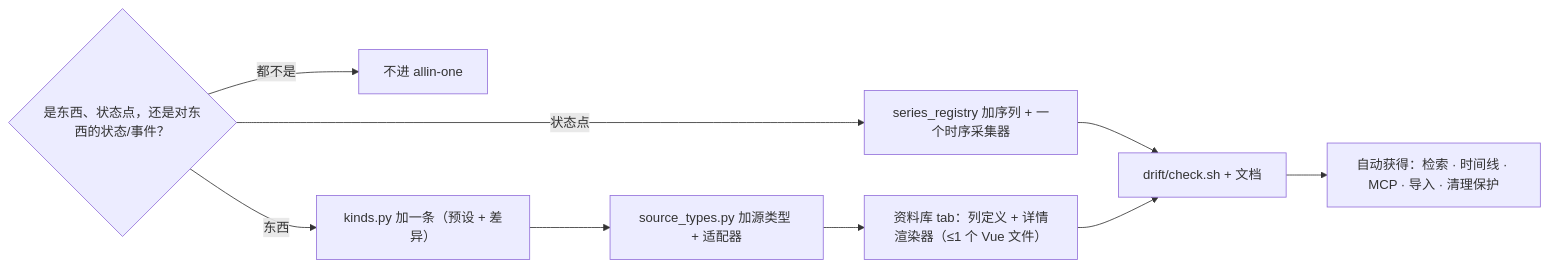
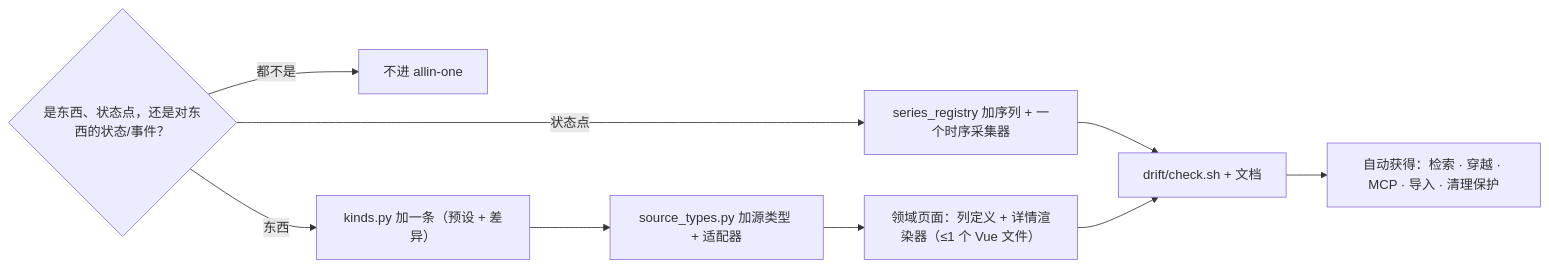
Before and after one commit to keylin/allin-one: the third of 4 diagrams in docs/design_data_model.md, drawn with Mermaid. The commit also changed other lines of this file, not shown here.

````diff
--- a/docs/design_data_model.md
+++ b/docs/design_data_model.md
@@ -324,8 +335,8 @@
 ```mermaid
 flowchart LR
   Q0{"是东西、状态点，还是对东西的状态/事件？"}
   Q0 -->|都不是| STOP["不进 allin-one"]
   Q0 -->|状态点| S["series_registry 加序列 + 一个时序采集器"] --> K6
-  Q0 -->|东西| K1["kinds.py 加一条（预设 + 差异）"] --> K2["source_types.py 加源类型 + 适配器"] --> K5["资料库 tab：列定义 + 详情渲染器（≤1 个 Vue 文件）"] --> K6["drift/check.sh + 文档"]
-  K6 --> DONE["自动获得：检索 · 时间线 · MCP · 导入 · 清理保护"]
+  Q0 -->|东西| K1["kinds.py 加一条（预设 + 差异）"] --> K2["source_types.py 加源类型 + 适配器"] --> K5["领域页面：列定义 + 详情渲染器（≤1 个 Vue 文件）"] --> K6["drift/check.sh + 文档"]
+  K6 --> DONE["自动获得：检索 · 穿越 · MCP · 导入 · 清理保护"]
 ```
````
